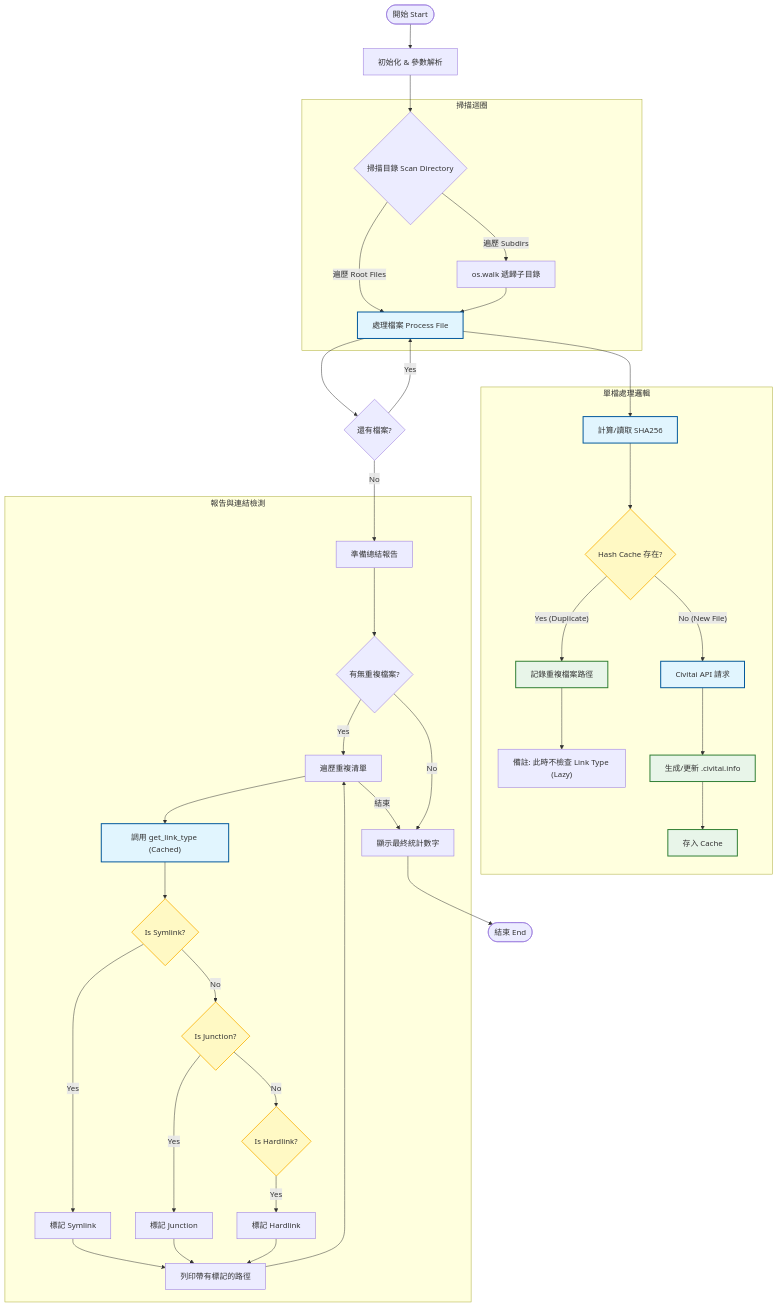
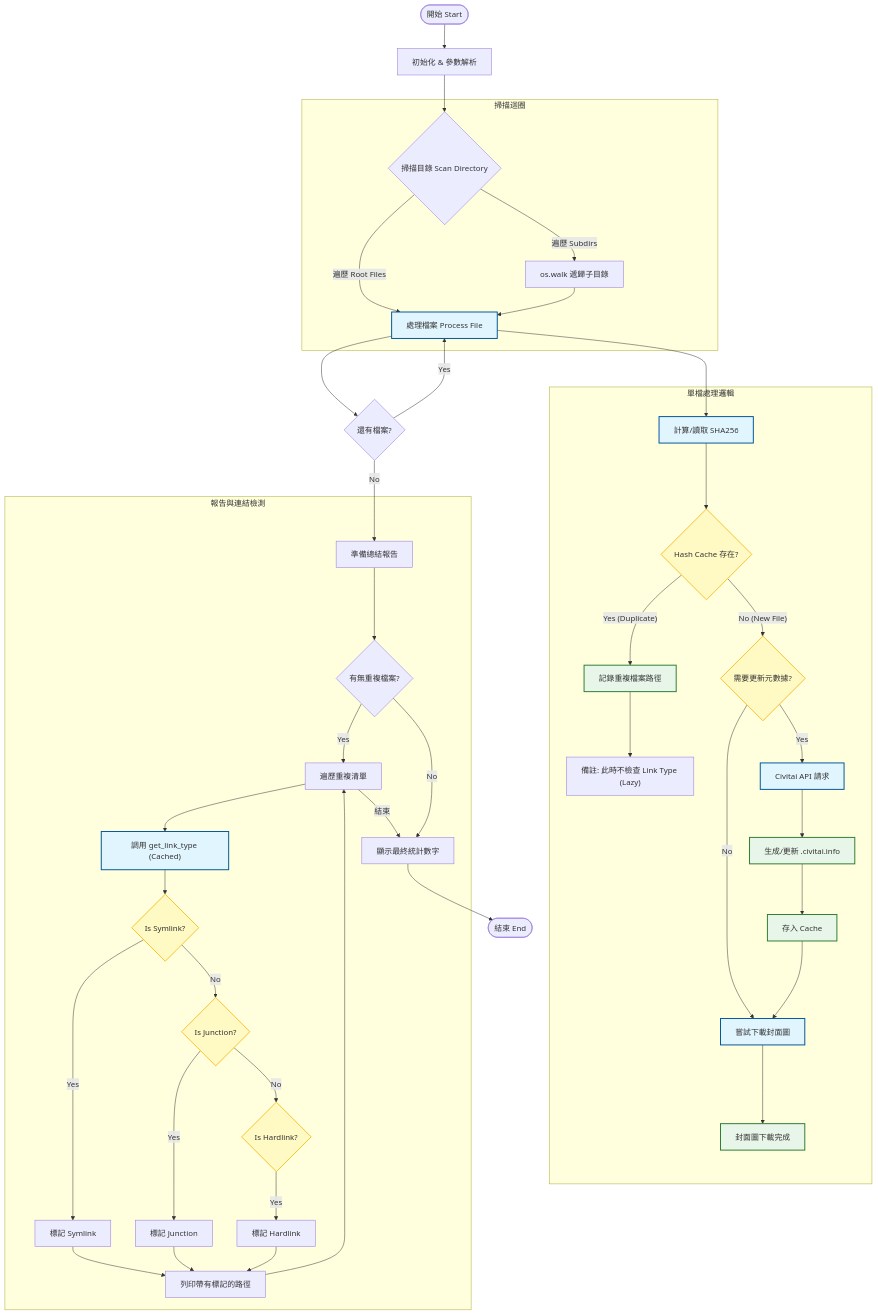
The diagram in CIVITAI_SCANNER_README.md (bluelovers/Stable-Diffusion-Webui-Civitai-Helper), drawn with Mermaid before and after one commit. The commit also changed other lines of this file and 1 other file, not shown here.

First line of the commit message:
refactor(scanner): 使用 Enum 重構封面圖下載狀態管理

````diff
--- a/CIVITAI_SCANNER_README.md
+++ b/CIVITAI_SCANNER_README.md
@@ -59,57 +128,62 @@
 ```mermaid
 flowchart TD
     Start([開始 Start]) --> Init["初始化 & 參數解析"]
     Init --> ScanDir{"掃描目錄 Scan Directory"}
     
     subgraph ScanningLoop [掃描迴圈]
         ScanDir -->|遍歷 Root Files| ProcessFile["處理檔案 Process File"]
         ScanDir -->|遍歷 Subdirs| WalkDir["os.walk 遞歸子目錄"]
         WalkDir --> ProcessFile
     end
 
     subgraph FileProcessing [單檔處理邏輯]
         ProcessFile --> CalcHash["計算/讀取 SHA256"]
         CalcHash --> CheckCache{"Hash Cache 存在?"}
         
         CheckCache -- "Yes (Duplicate)" --> LogDup["記錄重複檔案路徑"]
         LogDup --> Note["備註: 此時不檢查 Link Type (Lazy)"]
         
-        CheckCache -- "No (New File)" --> FetchAPI["Civitai API 請求"]
+        CheckCache -- "No (New File)" --> NeedUpdate{"需要更新元數據?"}
+        
+        NeedUpdate -- "No" --> TryCover["嘗試下載封面圖"]
+        NeedUpdate -- "Yes" --> FetchAPI["Civitai API 請求"]
         FetchAPI --> GenInfo["生成/更新 .civitai.info"]
         GenInfo --> SaveCache["存入 Cache"]
+        SaveCache --> TryCover
+        TryCover --> CoverDone["封面圖下載完成"]
     end
     
     ProcessFile --> NextFile{"還有檔案?"}
     NextFile -- Yes --> ProcessFile
     NextFile -- No --> Summary
     
     subgraph Reporting [報告與連結檢測]
         Summary["準備總結報告"] --> CheckDups{"有無重複檔案?"}
         
         CheckDups -- Yes --> IterateDups["遍歷重複清單"]
         IterateDups --> DetectLink["調用 get_link_type (Cached)"]
         
         DetectLink --> IsSymlink{"Is Symlink?"}
         IsSymlink -- Yes --> RetSym["標記 Symlink"]
         IsSymlink -- No --> IsJunction{"Is Junction?"}
         IsJunction -- Yes --> RetJun["標記 Junction"]
         IsJunction -- No --> IsHard{"Is Hardlink?"}
         IsHard -- Yes --> RetHard["標記 Hardlink"]
         
         RetSym & RetJun & RetHard --> PrintLine["列印帶有標記的路徑"]
         PrintLine --> IterateDups
         
         IterateDups -->|結束| PrintStats["顯示最終統計數字"]
     end
     
     CheckDups -- No --> PrintStats
     PrintStats --> End([結束 End])
 
     classDef proc fill:#e1f5fe,stroke:#01579b,stroke-width:2px;
     classDef cond fill:#fff9c4,stroke:#fbc02d,stroke-width:2px;
     classDef storage fill:#e8f5e9,stroke:#2e7d32,stroke-width:2px;
     
-    class ProcessFile,CalcHash,FetchAPI,DetectLink proc;
-    class CheckCache,IsSymlink,IsJunction,IsHard cond;
-    class LogDup,SaveCache,GenInfo storage;
+    class ProcessFile,CalcHash,FetchAPI,DetectLink,TryCover proc;
+    class CheckCache,NeedUpdate,IsSymlink,IsJunction,IsHard cond;
+    class LogDup,SaveCache,GenInfo,CoverDone storage;
 ```
````
